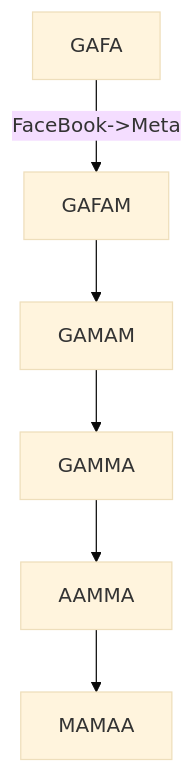
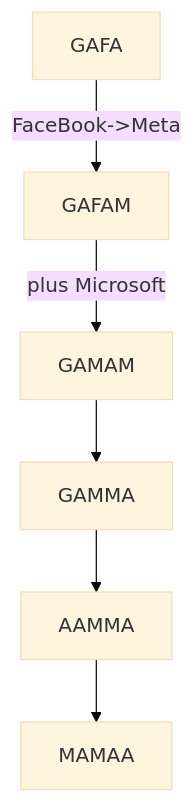
One commit to bebetakumi/mermaid changed the diagram in 遊び用/GAMMA.md. Above: the diagram before and after it, drawn with Mermaid (base theme).

````diff
--- a/遊び用/GAMMA.md
+++ b/遊び用/GAMMA.md
@@ -1,6 +1,6 @@
 ```mermaid
 flowchart TD
 
-GAFA -- FaceBook->Meta --> GAFAM --> GAMAM --> GAMMA --> AAMMA --> MAMAA
+GAFA -- FaceBook->Meta --> GAFAM -- plus Microsoft --> GAMAM --> GAMMA --> AAMMA --> MAMAA
 
 ```
````
